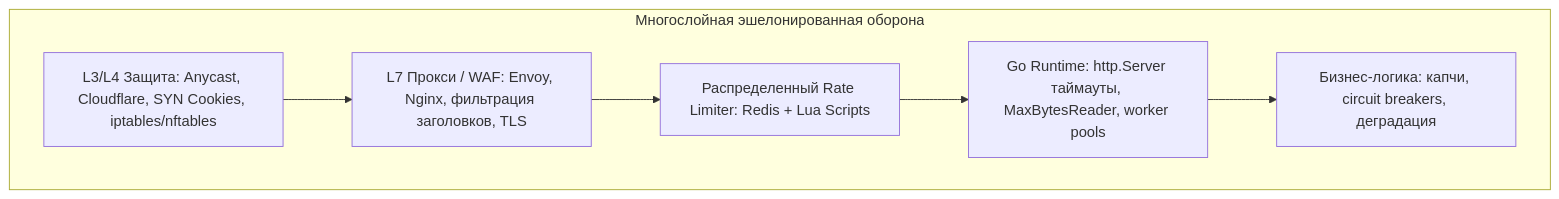
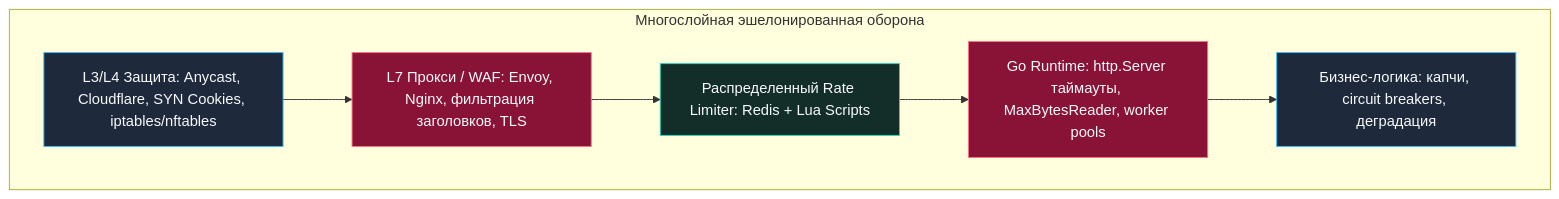
Before and after one commit to UnrealTemplier/go-textbook: the first of 3 diagrams in sources/3. Компьютерные сети и сетевой стек/33. DDoS, Rate Limiting и базовая защита сетевых сервисов.md, drawn with Mermaid. The commit also changed other lines of this file and 1666 other files, not shown here.

First line of the commit message:
feat(mermaid): add semantic color classDef to 1369 colorless flowchart/graph diagrams

````diff
--- a/sources/3. Компьютерные сети и сетевой стек/33. DDoS, Rate Limiting и базовая защита сетевых сервисов.md
+++ b/sources/3. Компьютерные сети и сетевой стек/33. DDoS, Rate Limiting и базовая защита сетевых сервисов.md
@@ -7,12 +7,22 @@
 ```mermaid
 flowchart TD
+    classDef process  fill:#1e293b,stroke:#38bdf8,stroke-width:1px,color:#f8fafc
+    classDef success  fill:#064e3b,stroke:#34d399,stroke-width:1px,color:#f8fafc
+    classDef error    fill:#7f1d1d,stroke:#f87171,stroke-width:1px,color:#f8fafc
+    classDef warning  fill:#78350f,stroke:#fbbf24,stroke-width:1px,color:#f8fafc
+    classDef entry    fill:#1e3a5f,stroke:#38bdf8,stroke-width:2px,color:#f8fafc
+    classDef aux      fill:#334155,stroke:#64748b,stroke-width:1px,color:#f8fafc
+    classDef system   fill:#312e81,stroke:#a78bfa,stroke-width:1px,color:#f8fafc
+    classDef data     fill:#132d29,stroke:#2dd4bf,stroke-width:1px,color:#f8fafc
+    classDef network  fill:#881337,stroke:#fb7185,stroke-width:1px,color:#f8fafc
+    classDef accent   fill:#1e1b4b,stroke:#818cf8,stroke-width:1px,color:#f8fafc
     subgraph MultiLayerDefense ["Многослойная эшелонированная оборона"]
-        L3L4["L3/L4 Защита: Anycast, Cloudflare, SYN Cookies, iptables/nftables"]
-        L7Edge["L7 Прокси / WAF: Envoy, Nginx, фильтрация заголовков, TLS"]
-        DistLimit["Распределенный Rate Limiter: Redis + Lua Scripts"]
-        GoRuntime["Go Runtime: http.Server таймауты, MaxBytesReader, worker pools"]
-        AppLogic["Бизнес-логика: капчи, circuit breakers, деградация"]
+        L3L4["L3/L4 Защита: Anycast, Cloudflare, SYN Cookies, iptables/nftables"]:::process
+        L7Edge["L7 Прокси / WAF: Envoy, Nginx, фильтрация заголовков, TLS"]:::network
+        DistLimit["Распределенный Rate Limiter: Redis + Lua Scripts"]:::data
+        GoRuntime["Go Runtime: http.Server таймауты, MaxBytesReader, worker pools"]:::network
+        AppLogic["Бизнес-логика: капчи, circuit breakers, деградация"]:::process
         
         L3L4 --> L7Edge --> DistLimit --> GoRuntime --> AppLogic
     end
 ```
````
